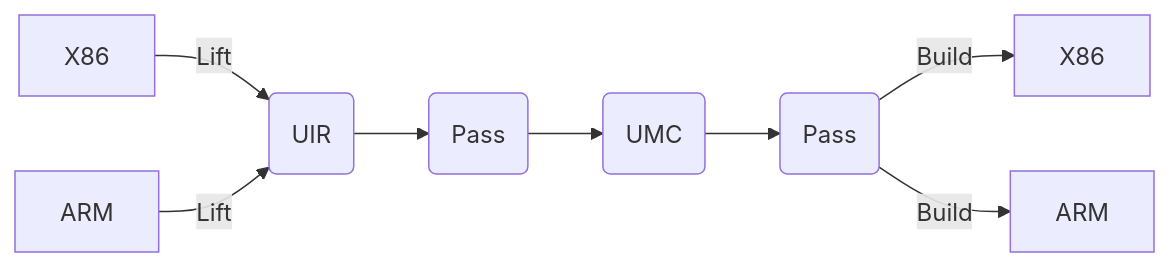
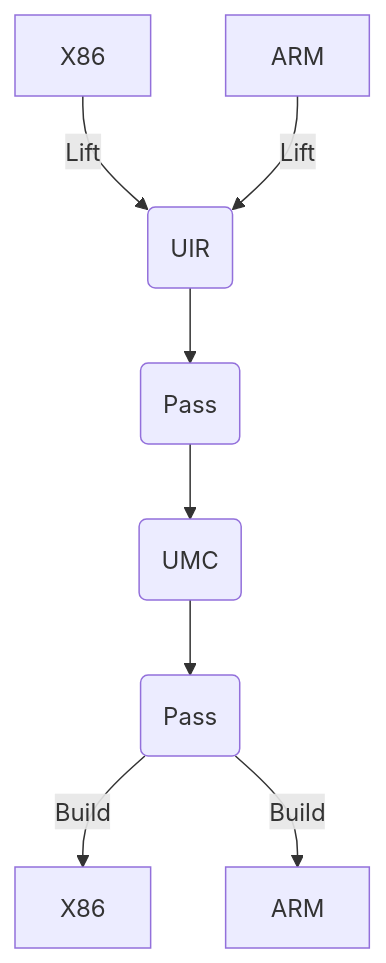
The diagram in README.md (NewWorldComingSoon/UnknownRebuilder), drawn with Mermaid before and after one commit.

````diff
--- a/README.md
+++ b/README.md
@@ -8,14 +8,14 @@
 ```mermaid
-graph LR
+graph TD
 
 A1[X86] -->|Lift| B(UIR)
 A2[ARM] -->|Lift| B(UIR)
 
 B -->C(Pass)
 C -->D(UMC)
 D -->E(Pass)
 
 E -->|Build| F1[X86]
 E -->|Build| F2[ARM]
 
 ```
````
